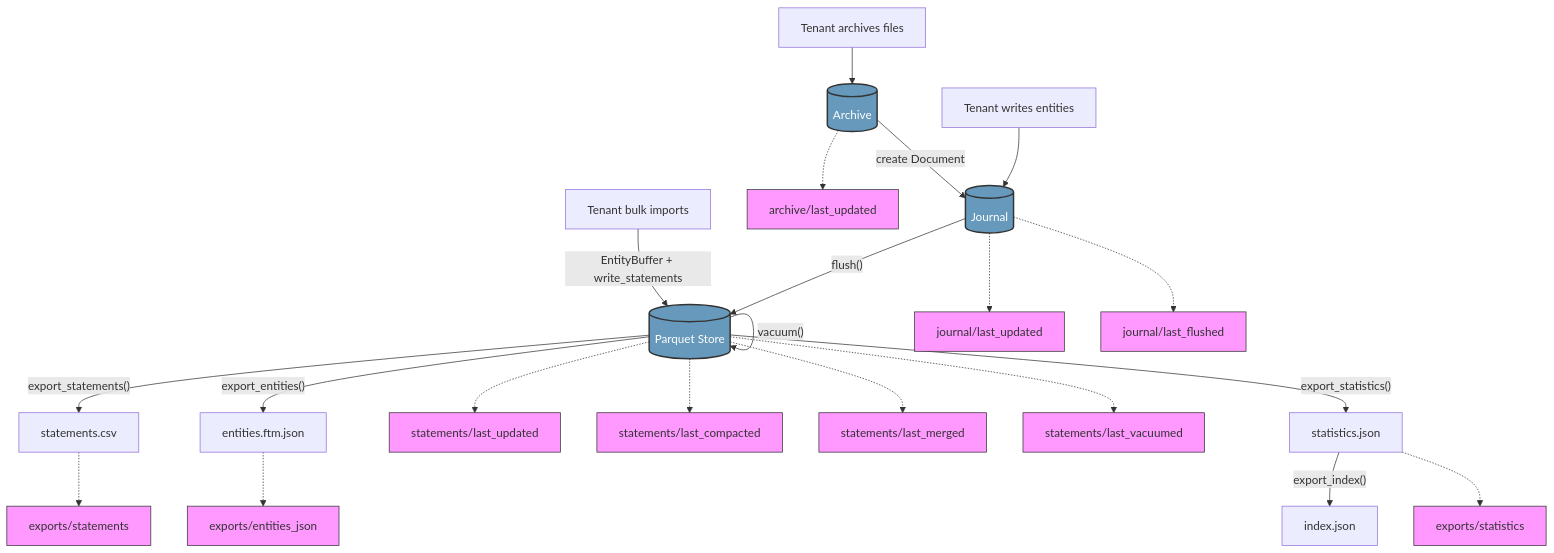
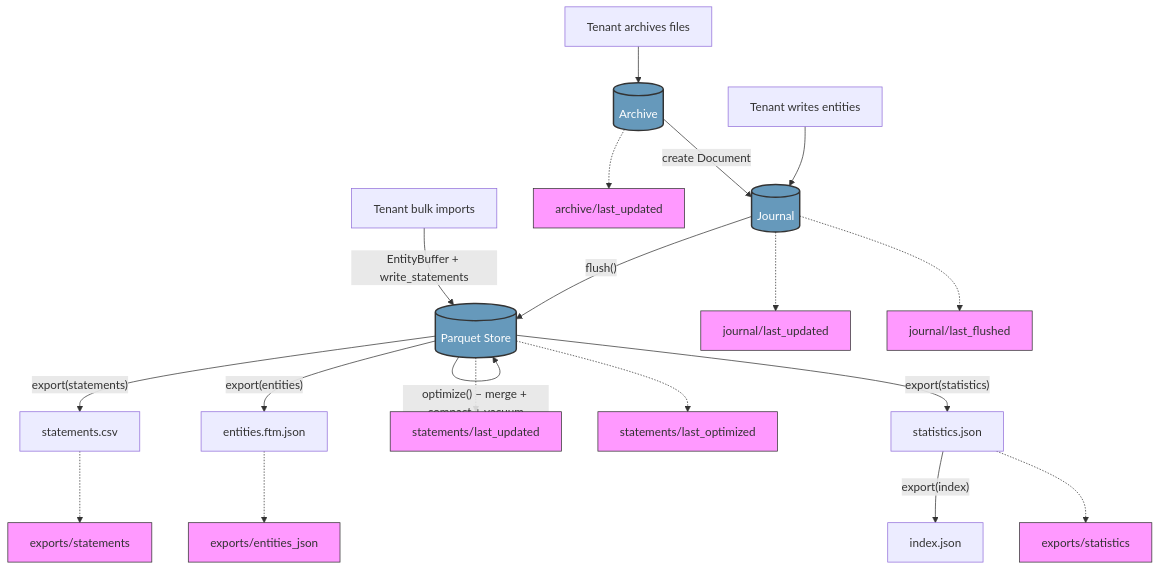
The diagram in docs/functionality.md (openaleph/ftm-lakehouse), drawn with Mermaid before and after one commit. The commit also changed other lines of this file and 15 other files, not shown here.

````diff
--- a/docs/functionality.md
+++ b/docs/functionality.md
@@ -264,34 +236,30 @@
 ```mermaid
 flowchart TD
     A[Tenant writes entities] --> B[(Journal)]
     A2[Tenant archives files] --> AR[(Archive)]
     AR -.-> T0[archive/last_updated]
     AR --> |"create Document"| B
 
     B --> |"flush()"| C[(Parquet Store)]
     A3[Tenant bulk imports] --> |"EntityBuffer + write_statements"| C
 
-    C --> |"merge()"| C
-    C --> |"compact()"| C
-    C --> |"vacuum()"| C
+    C --> |"optimize() – merge + compact + vacuum"| C
 
-    C --> |"export_statements()"| D[statements.csv]
-    C --> |"export_entities()"| E[entities.ftm.json]
-    C --> |"export_statistics()"| F[statistics.json]
-    F --> |"export_index()"| G[index.json]
+    C --> |"export(statements)"| D[statements.csv]
+    C --> |"export(entities)"| E[entities.ftm.json]
+    C --> |"export(statistics)"| F[statistics.json]
+    F --> |"export(index)"| G[index.json]
 
     B -.-> T1[journal/last_updated]
     B -.-> T1b[journal/last_flushed]
     C -.-> T2[statements/last_updated]
-    C -.-> T2a[statements/last_compacted]
-    C -.-> T2b[statements/last_merged]
-    C -.-> T2c[statements/last_vacuumed]
+    C -.-> T2a[statements/last_optimized]
     D -.-> T3[exports/statements]
     E -.-> T4[exports/entities_json]
     F -.-> T5[exports/statistics]
 
     classDef tag fill:#f9f,stroke:#333,stroke-width:1px
     classDef storage fill:#69b,stroke:#333,stroke-width:2px,color:#fff
-    class T0,T1,T1b,T2,T2a,T2b,T2c,T3,T4,T5 tag
+    class T0,T1,T1b,T2,T2a,T3,T4,T5 tag
     class B,C,AR storage
 ```
````
